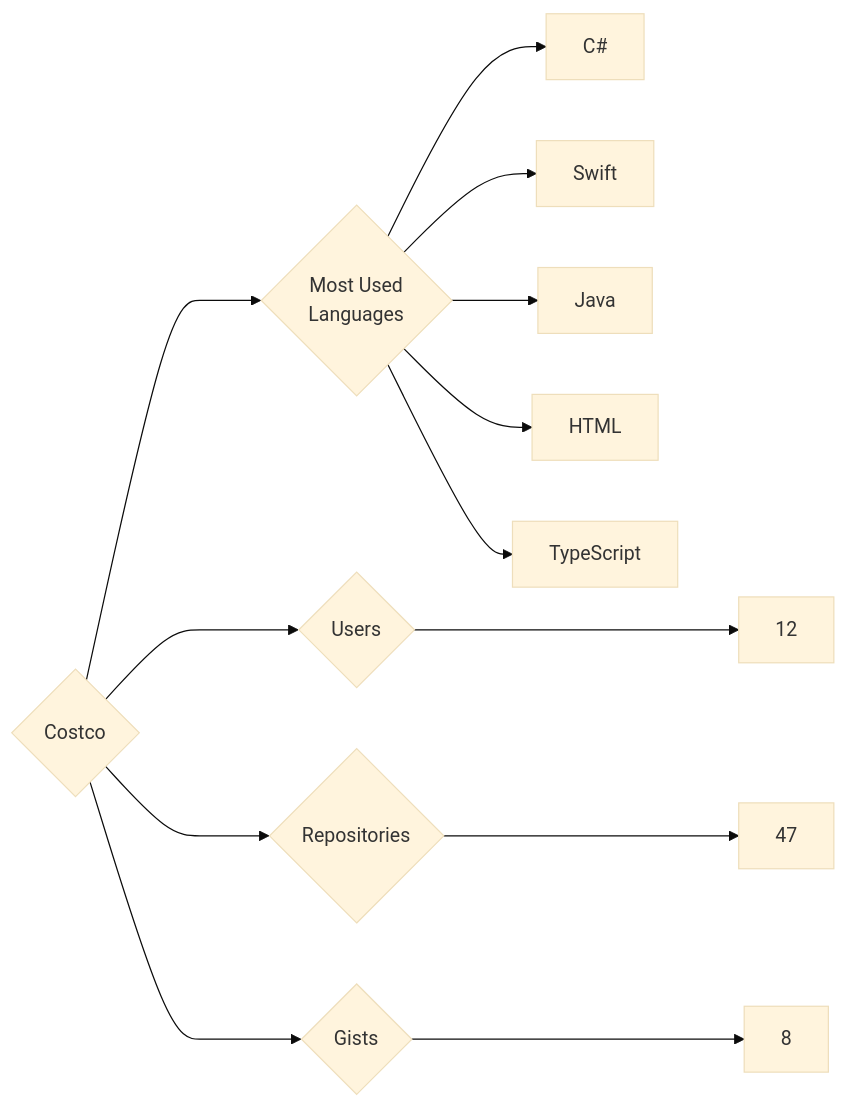
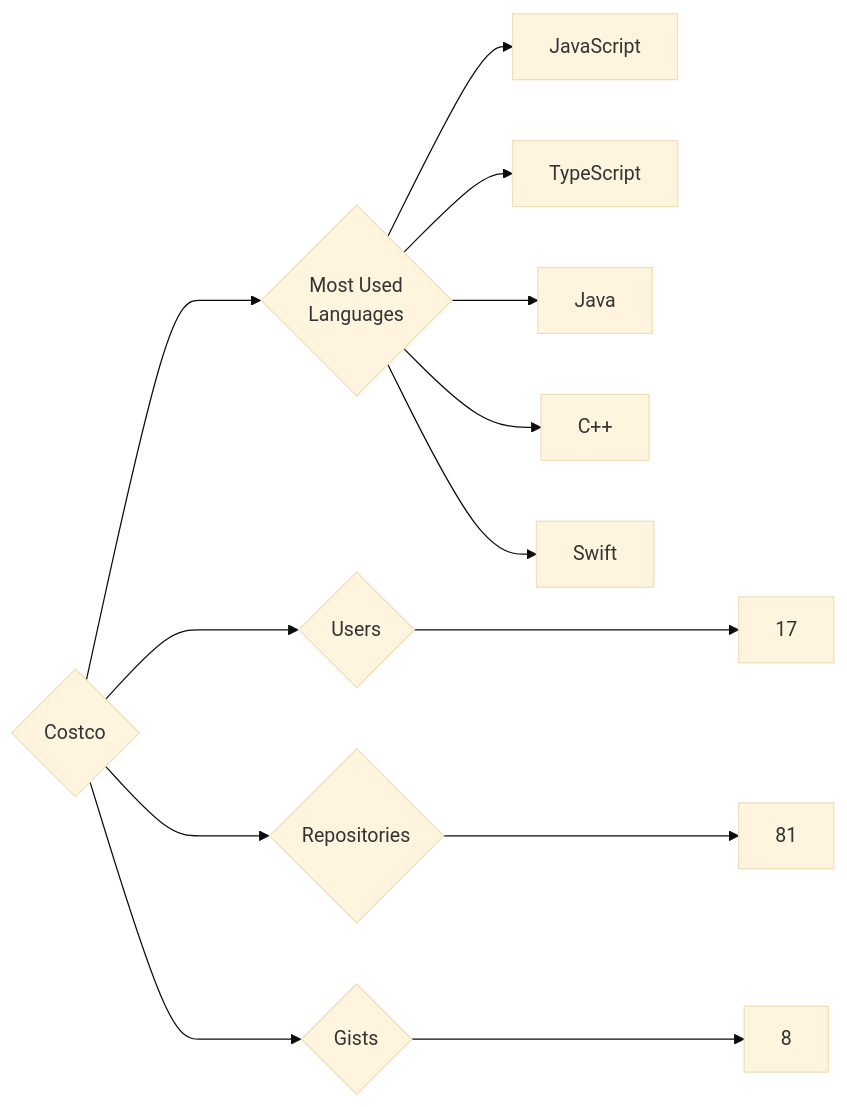
Before and after one commit to trickest/insiders: the diagram in targets/Costco/README.md, drawn with Mermaid (base theme). The commit also changed 545 other files, not shown here.

````diff
--- a/targets/Costco/README.md
+++ b/targets/Costco/README.md
@@ -3,13 +3,13 @@
 ```mermaid
 graph LR
 COMPANY_NAME{Costco}
-COMPANY_NAME ---> U{Users} ---> UN[12]
-COMPANY_NAME ---> R{Repositories} ---> RN[47]
+COMPANY_NAME ---> U{Users} ---> UN[17]
+COMPANY_NAME ---> R{Repositories} ---> RN[81]
 COMPANY_NAME ---> G{Gists} ---> GN[8]
 COMPANY_NAME ---> ML{Most Used<br>Languages}
-ML --> C#[C#]
+ML --> JavaScript[JavaScript]
+ML --> TypeScript[TypeScript]
+ML --> Java[Java]
+ML --> C++[C++]
 ML --> Swift[Swift]
-ML --> Java[Java]
-ML --> HTML[HTML]
-ML --> TypeScript[TypeScript]
 ```
````
